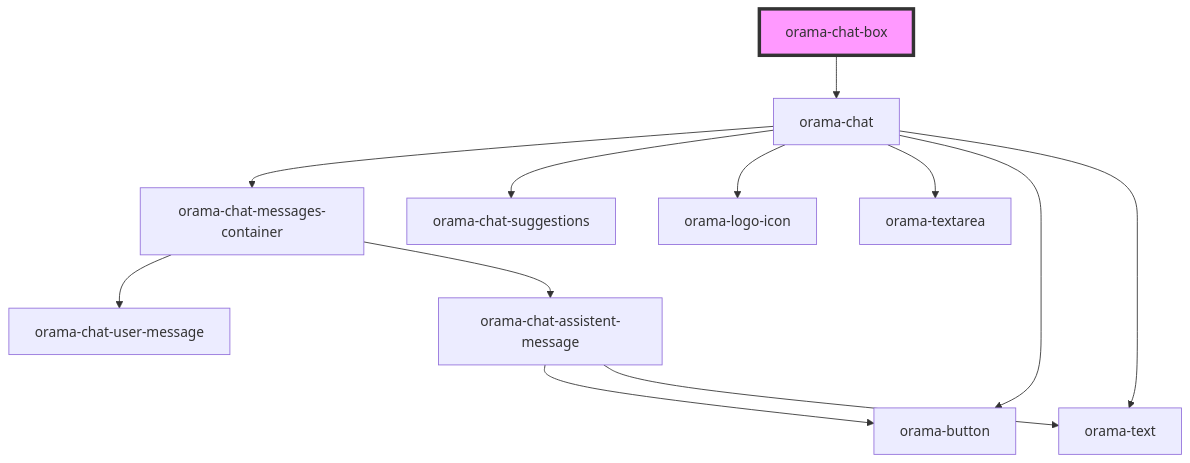
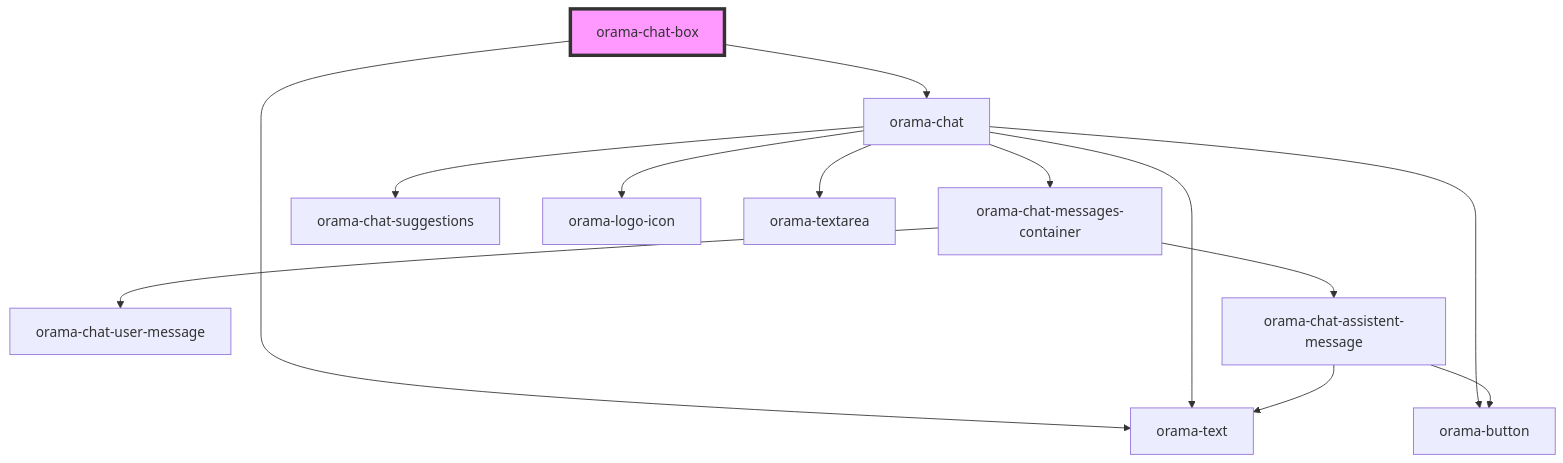
The diagram in packages/ui-stencil/src/components/orama-chat-box/readme.md (askorama/orama-ui-components), drawn with Mermaid before and after one commit. The commit also changed other lines of this file and 17 other files, not shown here.

````diff
--- a/packages/ui-stencil/src/components/orama-chat-box/readme.md
+++ b/packages/ui-stencil/src/components/orama-chat-box/readme.md
@@ -15,15 +23,16 @@
 ```mermaid
 graph TD;
+  orama-chat-box --> orama-text
   orama-chat-box --> orama-chat
   orama-chat --> orama-chat-messages-container
   orama-chat --> orama-chat-suggestions
   orama-chat --> orama-logo-icon
   orama-chat --> orama-textarea
   orama-chat --> orama-button
   orama-chat --> orama-text
   orama-chat-messages-container --> orama-chat-user-message
   orama-chat-messages-container --> orama-chat-assistent-message
   orama-chat-assistent-message --> orama-button
   orama-chat-assistent-message --> orama-text
   style orama-chat-box fill:#f9f,stroke:#333,stroke-width:4px
 ```
````
